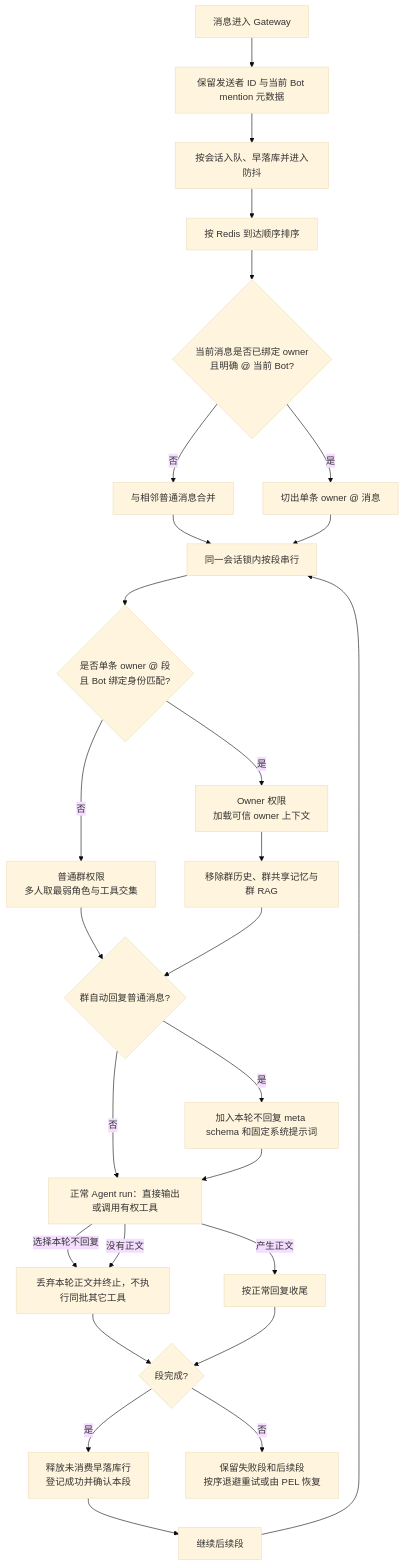
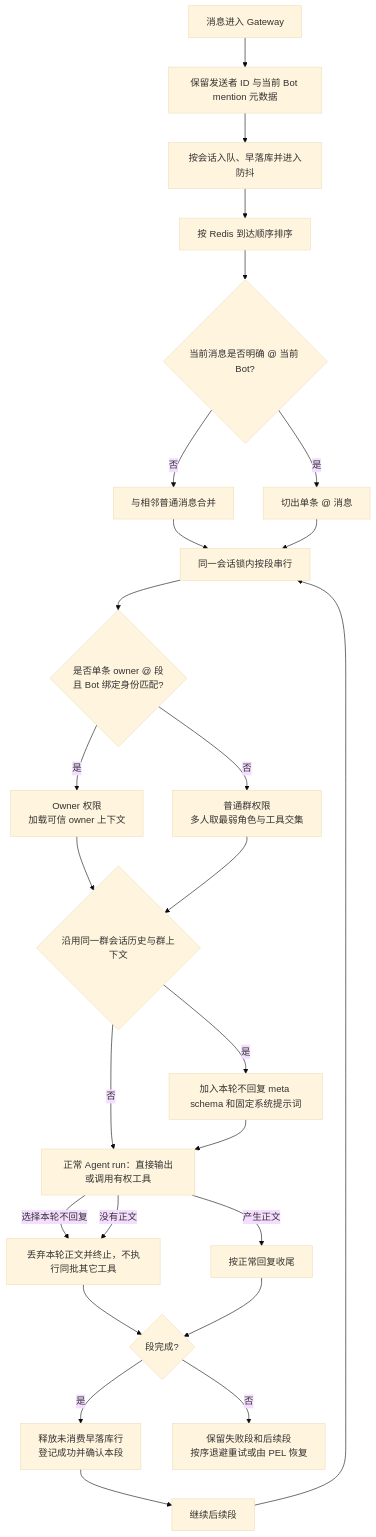
One commit to Coffeiz/Gugu-web changed the first of 2 diagrams in docs/prds/PRD-IM-16-群聊自动回复选择门.md. Above: the diagram before and after it, drawn with Mermaid (base theme). The commit also changed other lines of this file and 56 other files, not shown here.

````diff
--- a/docs/prds/PRD-IM-16-群聊自动回复选择门.md
+++ b/docs/prds/PRD-IM-16-群聊自动回复选择门.md
@@ -47,29 +47,28 @@
 ```mermaid
 flowchart TD
     M[消息进入 Gateway] --> META[保留发送者 ID 与当前 Bot mention 元数据]
     META --> Q[按会话入队、早落库并进入防抖]
     Q --> SORT[按 Redis 到达顺序排序]
-    SORT --> SPLIT{当前消息是否已绑定 owner\n且明确 @ 当前 Bot?}
+    SORT --> SPLIT{当前消息是否明确 @ 当前 Bot?}
     SPLIT -->|否| NORMAL[与相邻普通消息合并]
-    SPLIT -->|是| PRIV[切出单条 owner @ 消息]
+    SPLIT -->|是| PRIV[切出单条 @ 消息]
     NORMAL --> SEQ[同一会话锁内按段串行]
     PRIV --> SEQ
     SEQ --> AUTH{是否单条 owner @ 段\n且 Bot 绑定身份匹配?}
     AUTH -->|否| MEMBER[普通群权限\n多人取最弱角色与工具交集]
     AUTH -->|是| OWNER[Owner 权限\n加载可信 owner 上下文]
-    OWNER --> ISOLATE[移除群历史、群共享记忆与群 RAG]
-    MEMBER --> POLICY{群自动回复普通消息?}
-    ISOLATE --> POLICY
+    OWNER --> POLICY{沿用同一群会话历史与群上下文}
+    MEMBER --> POLICY
     POLICY -->|否| RUN[正常 Agent run]
     POLICY -->|是| GATE[加入本轮不回复 meta schema 和固定系统提示词]
     GATE --> RUN[正常 Agent run：直接输出或调用有权工具]
     RUN -->|选择本轮不回复| QUIET[丢弃本轮正文并终止，不执行同批其它工具]
     RUN -->|产生正文| ANSWER[按正常回复收尾]
     RUN -->|没有正文| QUIET
     QUIET --> DONE{段完成?}
     ANSWER --> DONE
     DONE -->|是| RECEIPT[释放未消费早落库行\n登记成功并确认本段]
     DONE -->|否| HOLD[保留失败段和后续段\n按序退避重试或由 PEL 恢复]
     RECEIPT --> NEXT[继续后续段]
     NEXT --> SEQ
 ```
````
